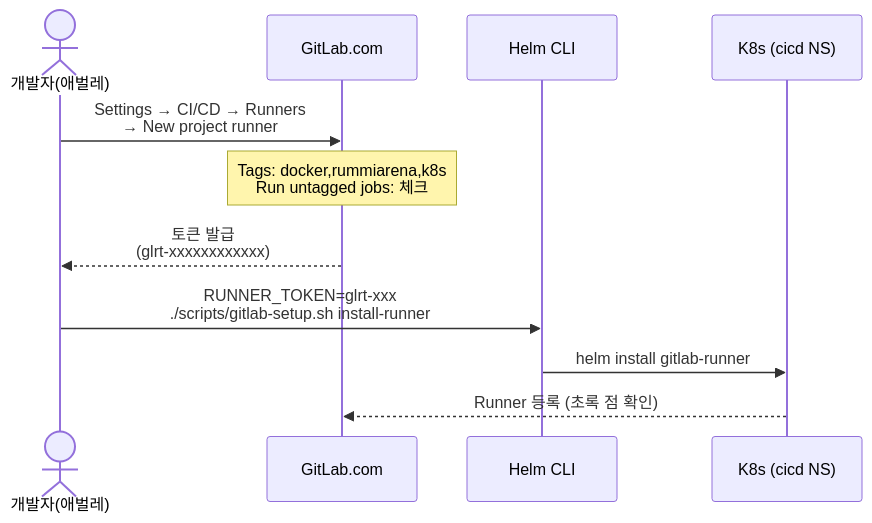
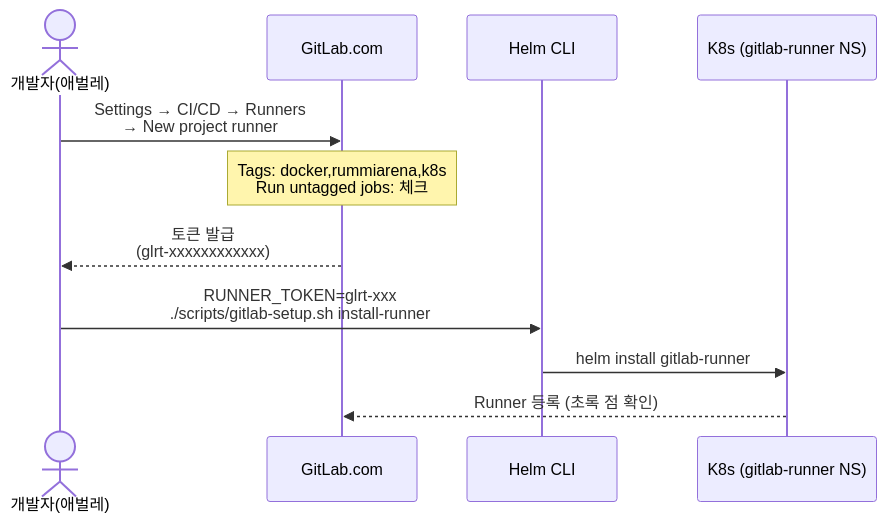
The third of 5 diagrams in docs/03-development/10-gitlab-runner-guide.md (k82022603/RummiArena), drawn with Mermaid before and after one commit. The commit also changed other lines of this file, not shown here.

First line of the commit message:
docs: GitLab Runner 가이드 현행화 (namespace, Helm 직접 설치, 트러블슈팅)

````diff
--- a/docs/03-development/10-gitlab-runner-guide.md
+++ b/docs/03-development/10-gitlab-runner-guide.md
@@ -312,14 +312,14 @@
 ```mermaid
 sequenceDiagram
     actor Dev as 개발자(애벌레)
     participant GL as GitLab.com
     participant Helm as Helm CLI
-    participant K8s as K8s (cicd NS)
+    participant K8s as K8s (gitlab-runner NS)
 
     Dev->>GL: Settings → CI/CD → Runners<br/>→ New project runner
     Note over GL: Tags: docker,rummiarena,k8s<br/>Run untagged jobs: 체크
     GL-->>Dev: 토큰 발급<br/>(glrt-xxxxxxxxxxxx)
     Dev->>Helm: RUNNER_TOKEN=glrt-xxx<br/>./scripts/gitlab-setup.sh install-runner
     Helm->>K8s: helm install gitlab-runner
     K8s-->>GL: Runner 등록 (초록 점 확인)
 ```
````
